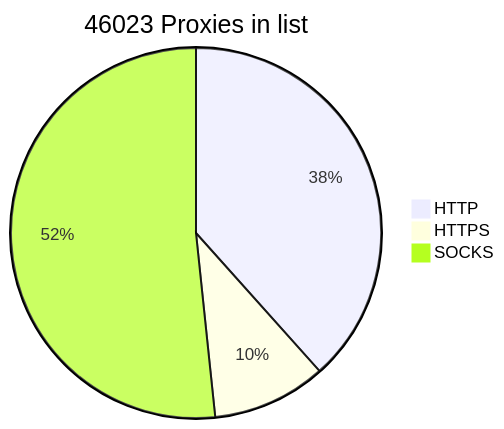
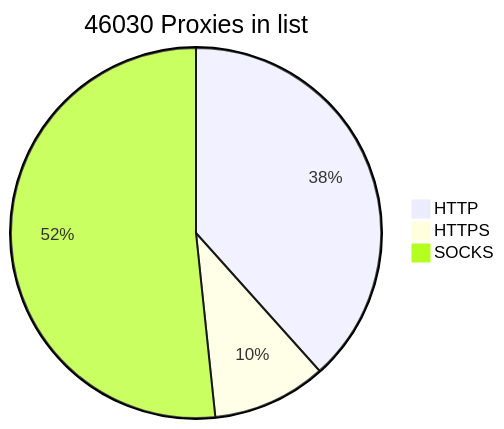
One commit to BlackSnowDot/proxylist-update-every-minute changed the diagram in README.md. Above: the diagram before and after it, drawn with Mermaid.

````diff
--- a/README.md
+++ b/README.md
@@ -2,6 +2,6 @@
 ```mermaid
-pie title 46023 Proxies in list
+pie title 46030 Proxies in list
     "HTTP" : 19320
     "HTTPS": 5015
-    "SOCKS" : 26006
+    "SOCKS" : 26013
 ```
````
